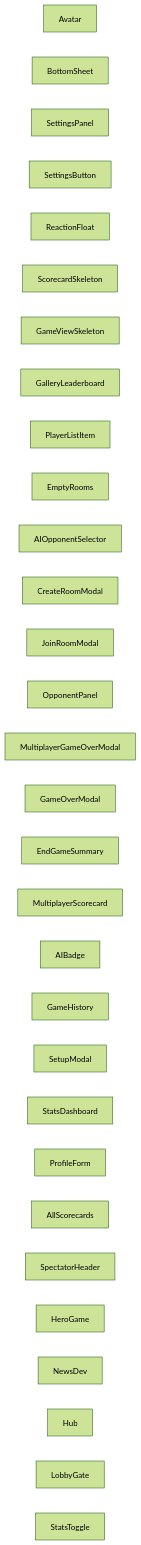
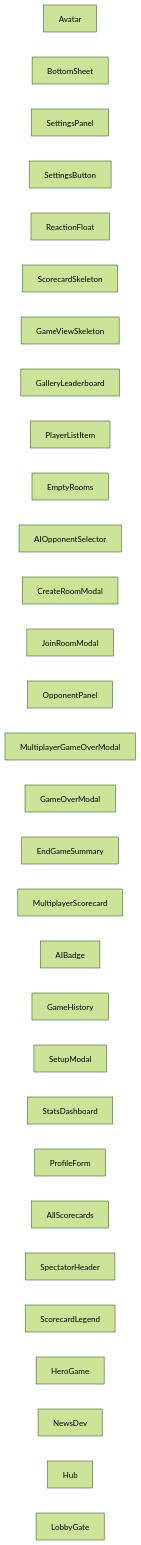
The diagram in docs/architecture/akg/diagrams/COMPONENT_DEPENDENCIES.md (verlyn13/dicee), drawn with Mermaid (forest theme) before and after one commit. The commit also changed other lines of this file and 50 other files, not shown here.

````diff
--- a/docs/architecture/akg/diagrams/COMPONENT_DEPENDENCIES.md
+++ b/docs/architecture/akg/diagrams/COMPONENT_DEPENDENCIES.md
@@ -13,34 +13,34 @@
 ```mermaid
 flowchart LR
     component__Avatar__nts_ui_Avatar_svelte["Avatar"]
     component__BottomSheet__i_BottomSheet_sv["BottomSheet"]
     component__SettingsPanel__SettingsPanel_["SettingsPanel"]
     component__SettingsButton__ettingsButton["SettingsButton"]
     component__ReactionFloat__ReactionFloat_["ReactionFloat"]
     component__ScorecardSkeleton__ecardSkele["ScorecardSkeleton"]
     component__GameViewSkeleton__eViewSkelet["GameViewSkeleton"]
     component__GalleryLeaderboard__ryLeaderb["GalleryLeaderboard"]
     component__PlayerListItem__layerListItem["PlayerListItem"]
     component__EmptyRooms__by_EmptyRooms_sve["EmptyRooms"]
     component__AIOpponentSelector__onentSele["AIOpponentSelector"]
     component__CreateRoomModal__eateRoomModa["CreateRoomModal"]
     component__JoinRoomModal__JoinRoomModal_["JoinRoomModal"]
     component__OpponentPanel__OpponentPanel_["OpponentPanel"]
     component__MultiplayerGameOverModal__Gam["MultiplayerGameOverModal"]
     component__GameOverModal__GameOverModal_["GameOverModal"]
     component__EndGameSummary__ndGameSummary["EndGameSummary"]
     component__MultiplayerScorecard__ayerSco["MultiplayerScorecard"]
     component__AIBadge___game_AIBadge_svelte["AIBadge"]
     component__GameHistory__e_GameHistory_sv["GameHistory"]
     component__SetupModal__le_SetupModal_sve["SetupModal"]
     component__StatsDashboard__tatsDashboard["StatsDashboard"]
     component__ProfileForm__e_ProfileForm_sv["ProfileForm"]
     component__AllScorecards__AllScorecards_["AllScorecards"]
     component__SpectatorHeader__ectatorHeade["SpectatorHeader"]
+    component__ScorecardLegend__orecardLegen["ScorecardLegend"]
     component__HeroGame___hub_HeroGame_svelt["HeroGame"]
     component__NewsDev__s_hub_NewsDev_svelte["NewsDev"]
     component__Hub__nents_hub_Hub_svelte["Hub"]
     component__LobbyGate__hub_LobbyGate_svel["LobbyGate"]
-    component__StatsToggle__d_StatsToggle_sv["StatsToggle"]
 
 ```
````
